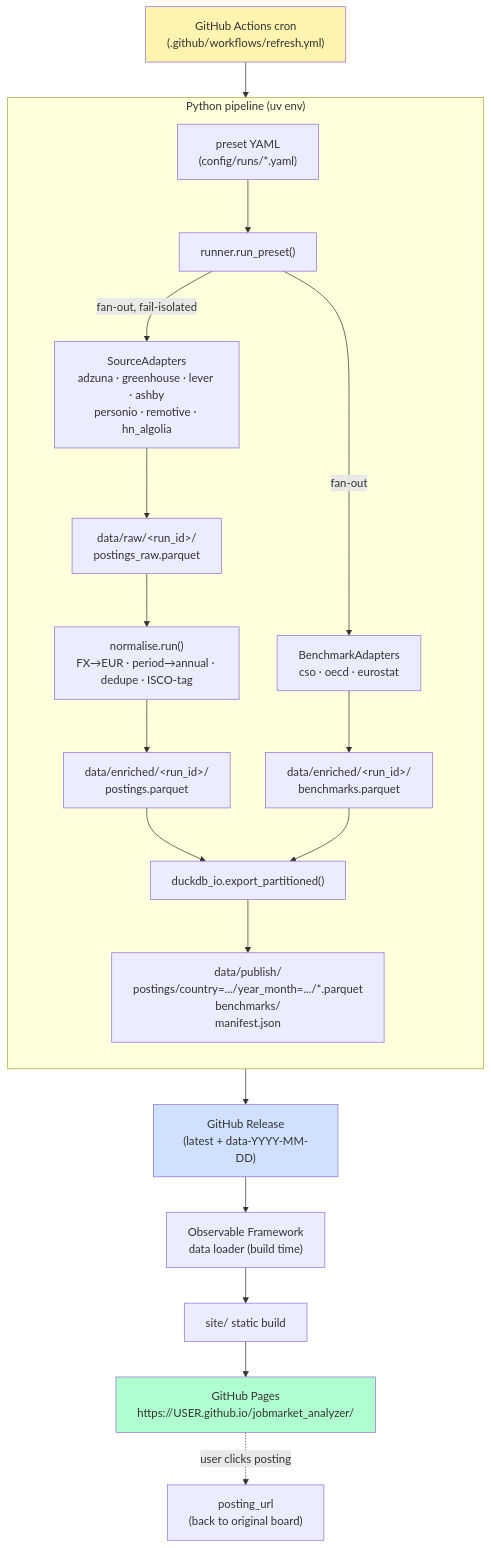
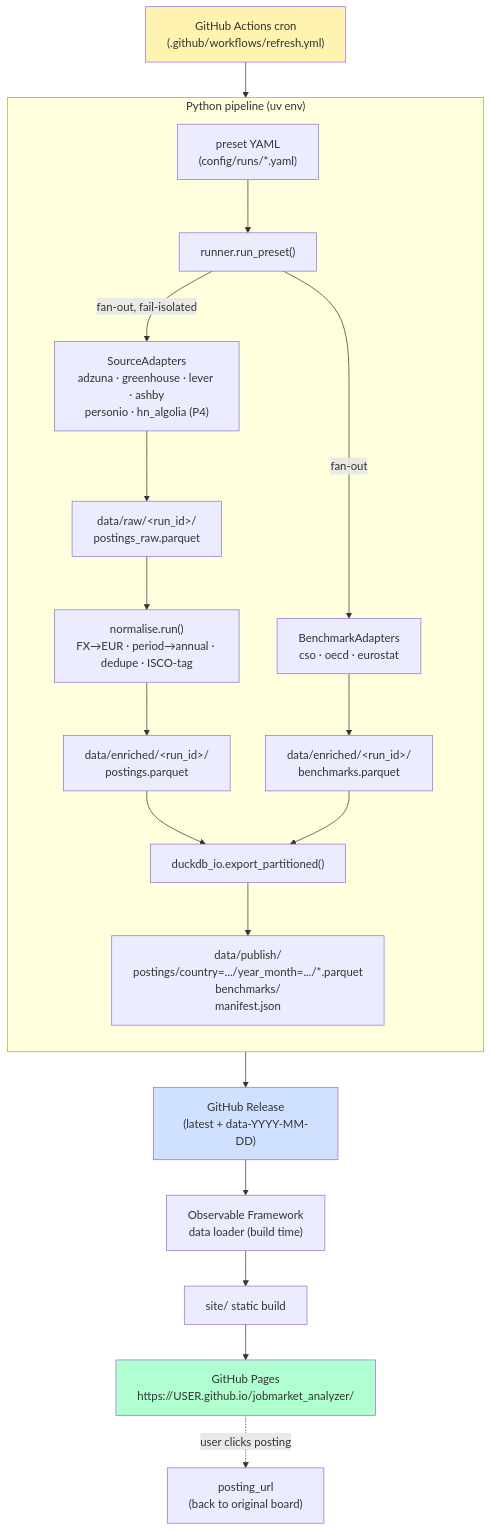
The diagram in docs/architecture.md (alex-wu/jobmarket_analyzer), drawn with Mermaid before and after one commit. The commit also changed 31 other files, not shown here.

First line of the commit message:
feat: P3 — ATS source adapters (Greenhouse, Lever, Ashby, Personio)

````diff
--- a/docs/architecture.md
+++ b/docs/architecture.md
@@ -7,28 +7,28 @@
 ```mermaid
 flowchart TD
     cron["GitHub Actions cron<br/>(.github/workflows/refresh.yml)"] --> runner
 
     subgraph pipeline["Python pipeline (uv env)"]
         direction TB
         preset["preset YAML<br/>(config/runs/*.yaml)"] --> runner["runner.run_preset()"]
-        runner -->|fan-out, fail-isolated| sources["SourceAdapters<br/>adzuna · greenhouse · lever · ashby<br/>personio · remotive · hn_algolia"]
+        runner -->|fan-out, fail-isolated| sources["SourceAdapters<br/>adzuna · greenhouse · lever · ashby<br/>personio · hn_algolia (P4)"]
         sources --> raw["data/raw/&lt;run_id&gt;/<br/>postings_raw.parquet"]
         raw --> normalise["normalise.run()<br/>FX→EUR · period→annual · dedupe · ISCO-tag"]
         normalise --> enriched["data/enriched/&lt;run_id&gt;/<br/>postings.parquet"]
         runner -->|fan-out| bench["BenchmarkAdapters<br/>cso · oecd · eurostat"]
         bench --> benchparquet["data/enriched/&lt;run_id&gt;/<br/>benchmarks.parquet"]
         enriched --> publish["duckdb_io.export_partitioned()"]
         benchparquet --> publish
         publish --> bundle["data/publish/<br/>postings/country=.../year_month=.../*.parquet<br/>benchmarks/<br/>manifest.json"]
     end
 
     bundle --> release["GitHub Release<br/>(latest + data-YYYY-MM-DD)"]
     release --> loader["Observable Framework<br/>data loader (build time)"]
     loader --> site["site/ static build"]
     site --> pages["GitHub Pages<br/>https://USER.github.io/jobmarket_analyzer/"]
     pages -.->|user clicks posting| source_url["posting_url<br/>(back to original board)"]
 
     style cron fill:#fff3b0
     style pages fill:#b0ffd0
     style release fill:#d0e0ff
 ```
````
